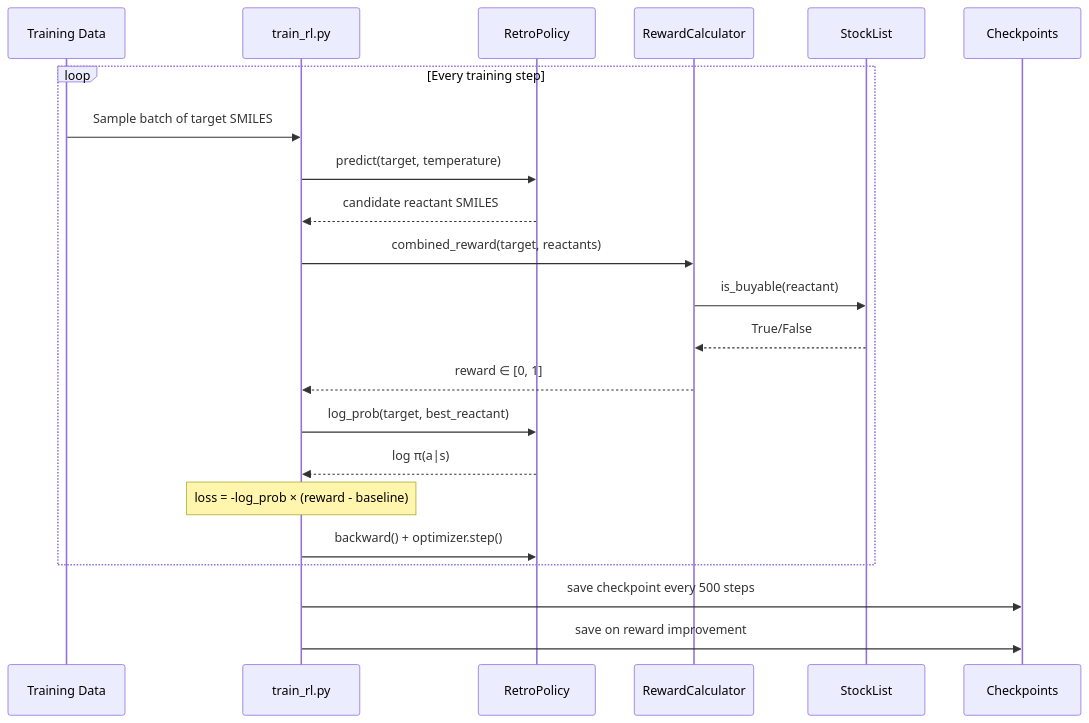
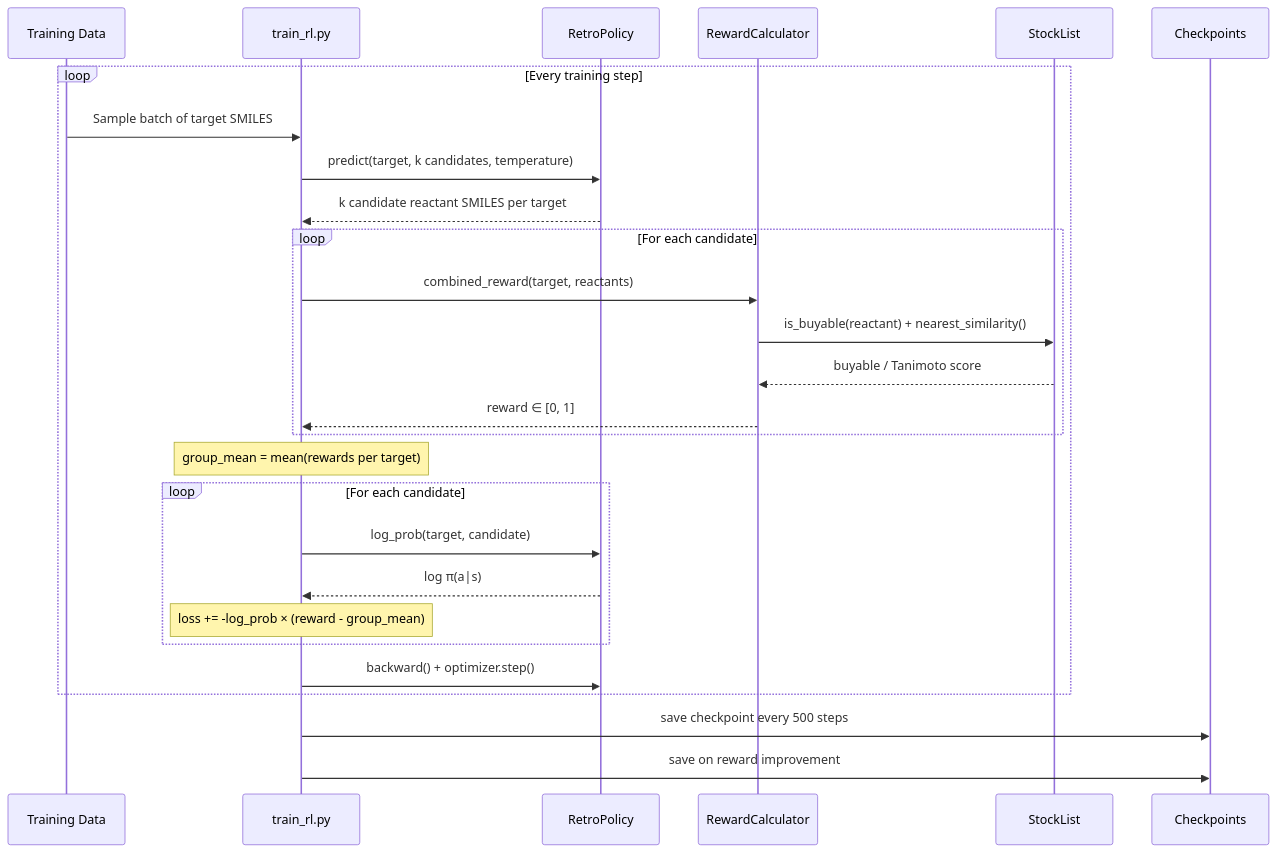
Before and after one commit to Rhoahndur/RL_RetroSynthesis: the second of 8 diagrams in ARCHITECTURE.md, drawn with Mermaid. The commit also changed other lines of this file, not shown here.

Commit message:
update architecture doc

````diff
--- a/ARCHITECTURE.md
+++ b/ARCHITECTURE.md
@@ -98,26 +108,31 @@
 ```mermaid
 sequenceDiagram
     participant D as Training Data
     participant T as train_rl.py
     participant P as RetroPolicy
     participant R as RewardCalculator
     participant S as StockList
     participant C as Checkpoints
 
     loop Every training step
         D->>T: Sample batch of target SMILES
-        T->>P: predict(target, temperature)
-        P-->>T: candidate reactant SMILES
-        T->>R: combined_reward(target, reactants)
-        R->>S: is_buyable(reactant)
-        S-->>R: True/False
-        R-->>T: reward ∈ [0, 1]
-        T->>P: log_prob(target, best_reactant)
-        P-->>T: log π(a|s)
-        Note over T: loss = -log_prob × (reward - baseline)
+        T->>P: predict(target, k candidates, temperature)
+        P-->>T: k candidate reactant SMILES per target
+        loop For each candidate
+            T->>R: combined_reward(target, reactants)
+            R->>S: is_buyable(reactant) + nearest_similarity()
+            S-->>R: buyable / Tanimoto score
+            R-->>T: reward ∈ [0, 1]
+        end
+        Note over T: group_mean = mean(rewards per target)
+        loop For each candidate
+            T->>P: log_prob(target, candidate)
+            P-->>T: log π(a|s)
+            Note over T: loss += -log_prob × (reward - group_mean)
+        end
         T->>P: backward() + optimizer.step()
     end
 
     T->>C: save checkpoint every 500 steps
     T->>C: save on reward improvement
 ```
````
